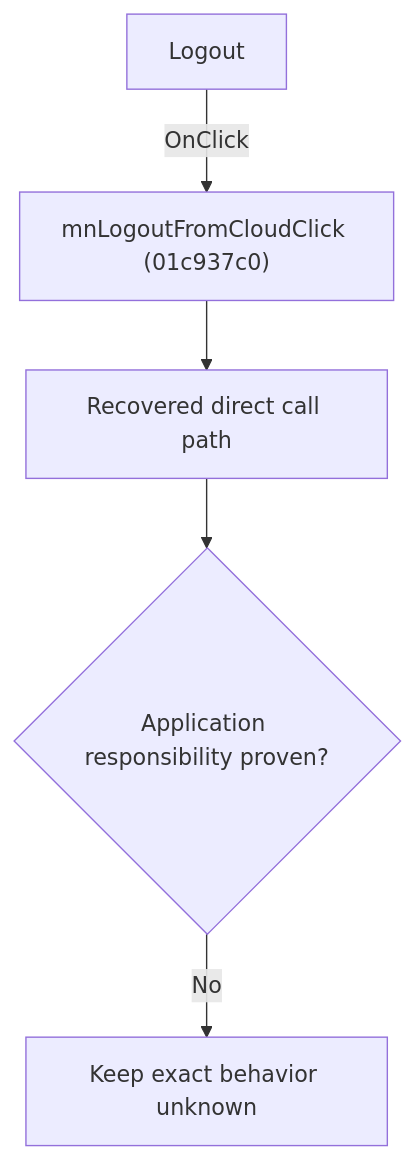
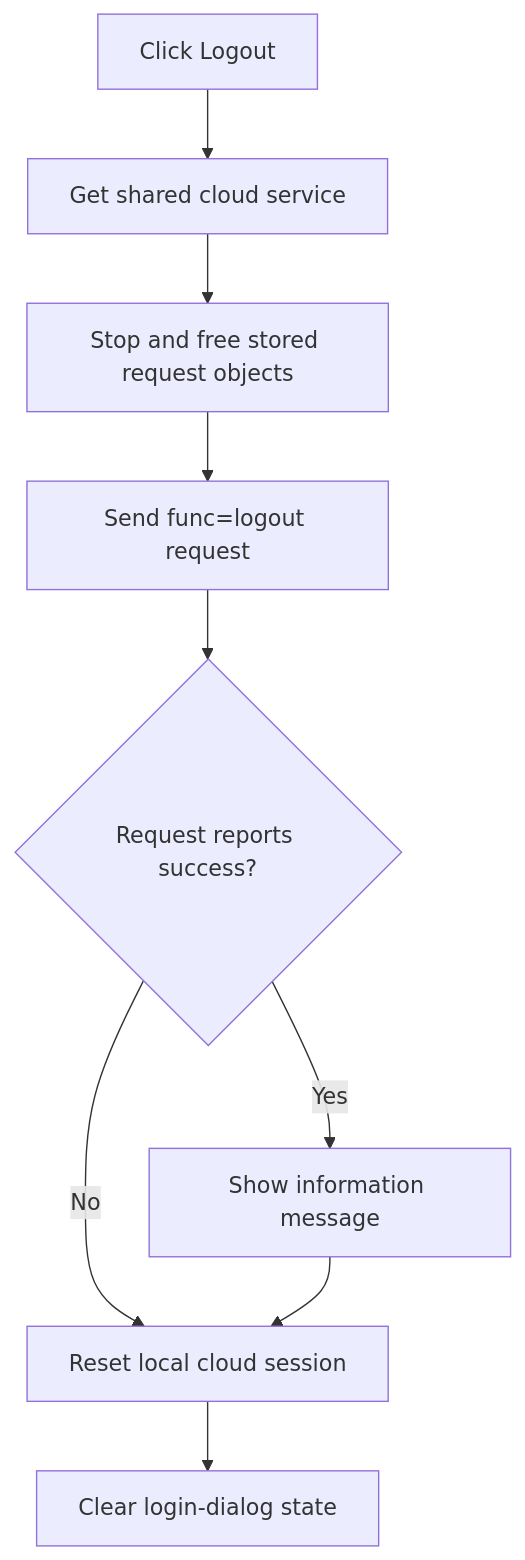
One commit to MovGP0/TIARA changed the diagram in docs/ui-controls/schematiceditor/mnlogoutfromcloud-2fbe59ff52.md. Above: the diagram before and after it, drawn with Mermaid. The commit also changed other lines of this file and 241 other files, not shown here.

````diff
--- a/docs/ui-controls/schematiceditor/mnlogoutfromcloud-2fbe59ff52.md
+++ b/docs/ui-controls/schematiceditor/mnlogoutfromcloud-2fbe59ff52.md
@@ -27,7 +29,11 @@
 ```mermaid
 flowchart TD
-    control["Logout"] -->|"OnClick"| handler["mnLogoutFromCloudClick (01c937c0)"]
-    handler --> recovered["Recovered direct call path"]
-    recovered --> gap{"Application responsibility proven?"}
-    gap -->|"No"| blocked["Keep exact behavior unknown"]
+    control["Click Logout"] --> service["Get shared cloud service"]
+    service --> cleanup["Stop and free stored request objects"]
+    cleanup --> request["Send func=logout request"]
+    request --> success{"Request reports success?"}
+    success -->|"Yes"| message["Show information message"]
+    success -->|"No"| reset["Reset local cloud session"]
+    message --> reset
+    reset --> dialog["Clear login-dialog state"]
 ```
````
